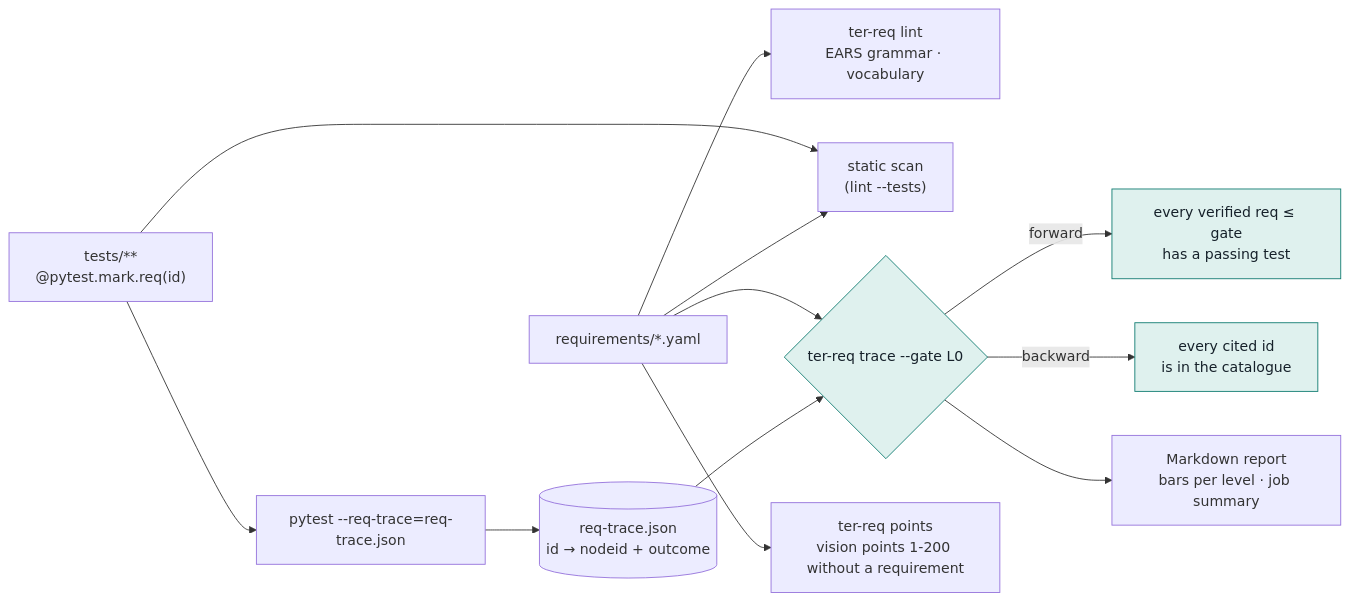
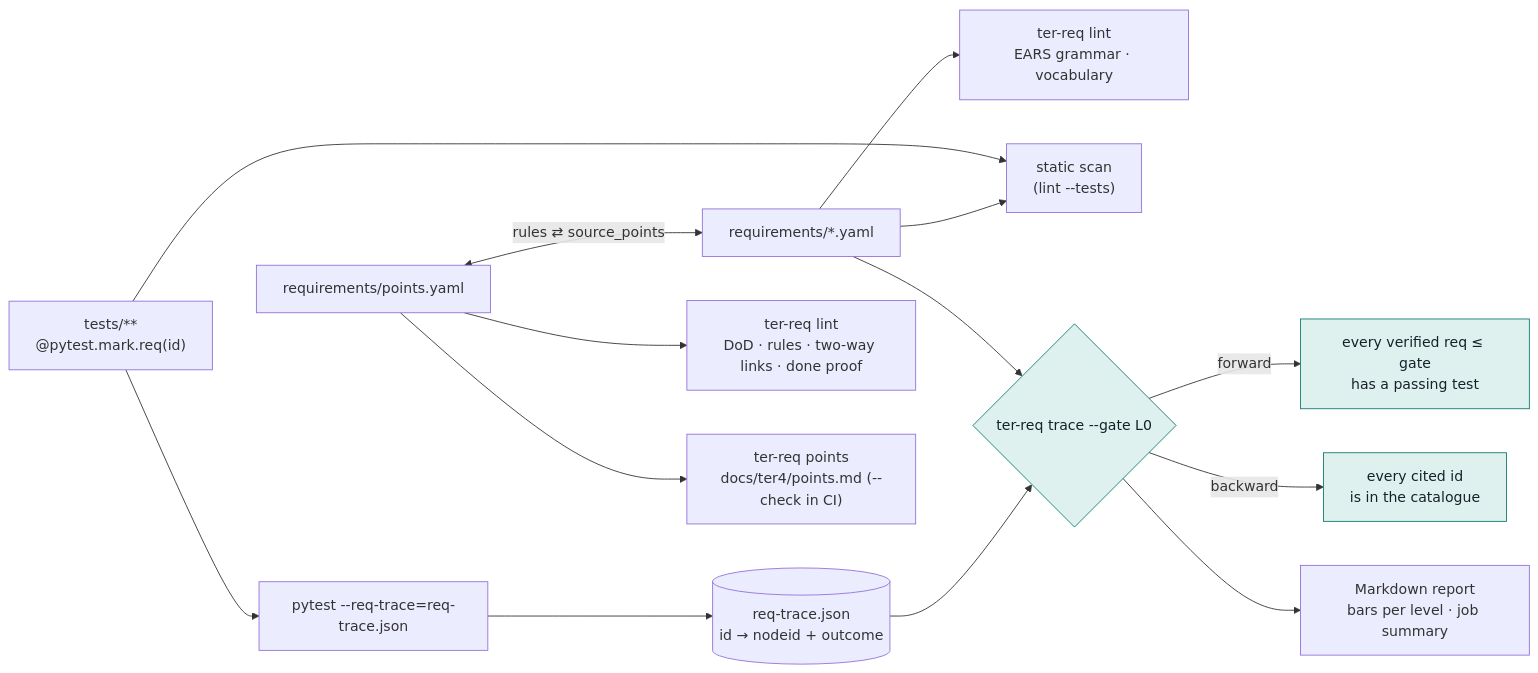
The diagram in docs/ter4/requirements.md (cplegendre/TER), drawn with Mermaid before and after one commit. The commit also changed other lines of this file and 21 other files, not shown here.

First line of the commit message:
Make all 200 vision points navigable with done criteria and rules

````diff
--- a/docs/ter4/requirements.md
+++ b/docs/ter4/requirements.md
@@ -39,16 +99,18 @@
 ```mermaid
 flowchart LR
     Y["requirements/*.yaml"] --> L["ter-req lint<br/>EARS grammar · vocabulary"]
     T["tests/**<br/>@pytest.mark.req(id)"] --> S["static scan<br/>(lint --tests)"]
     Y --> S
     T --> P["pytest --req-trace=req-trace.json"]
     P --> J[("req-trace.json<br/>id → nodeid + outcome")]
     Y --> G{"ter-req trace --gate L0"}
     J --> G
     G -->|forward| F["every verified req ≤ gate<br/>has a passing test"]
     G -->|backward| B["every cited id<br/>is in the catalogue"]
     G --> R["Markdown report<br/>bars per level · job summary"]
-    Y --> PT["ter-req points<br/>vision points 1-200 without a requirement"]
+    V["requirements/points.yaml"] <-->|rules ⇄ source_points| Y
+    V --> PL["ter-req lint<br/>DoD · rules · two-way links · done proof"]
+    V --> PT["ter-req points<br/>docs/ter4/points.md (--check in CI)"]
     classDef gate fill:#dff1ee,stroke:#0d7a6f,color:#16212a
     class G,F,B gate
 ```
````
